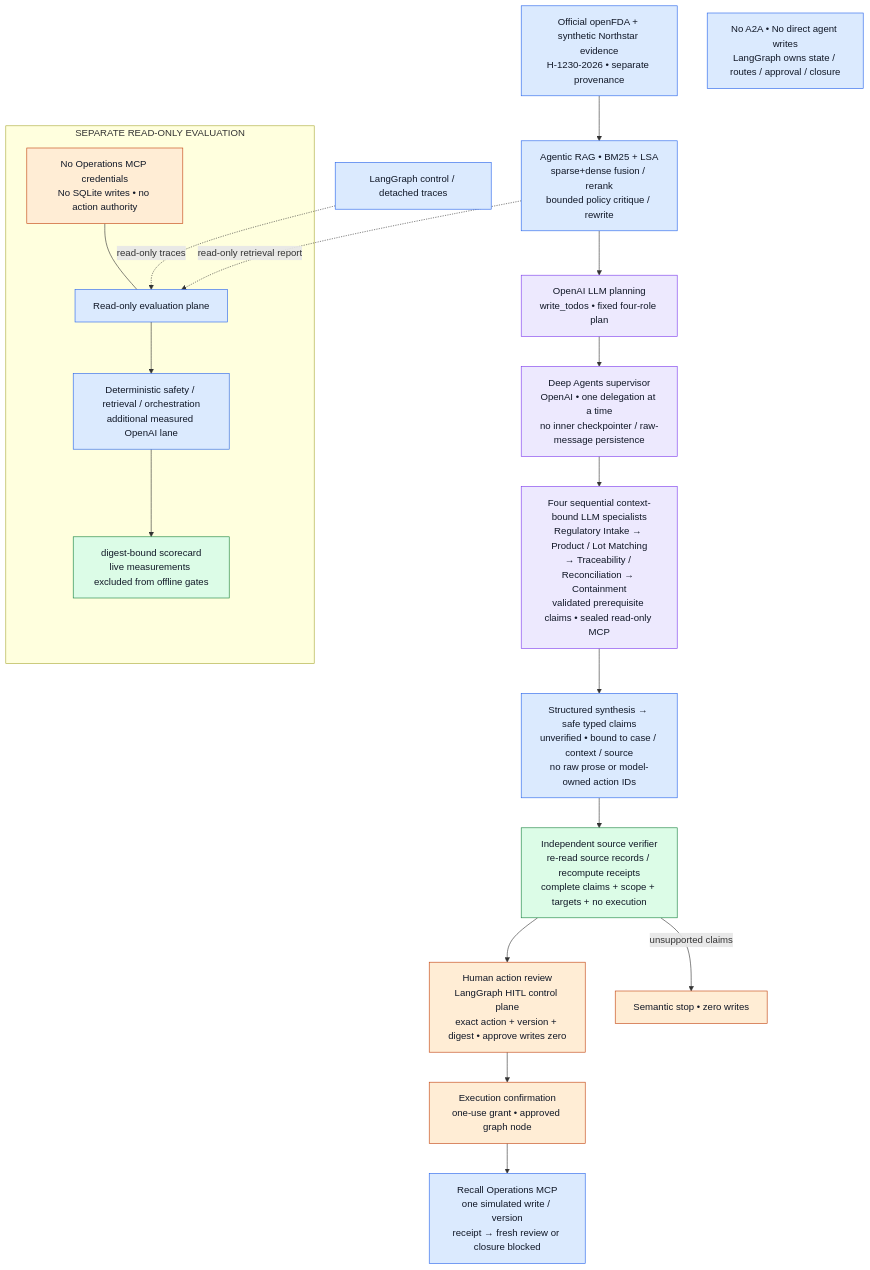
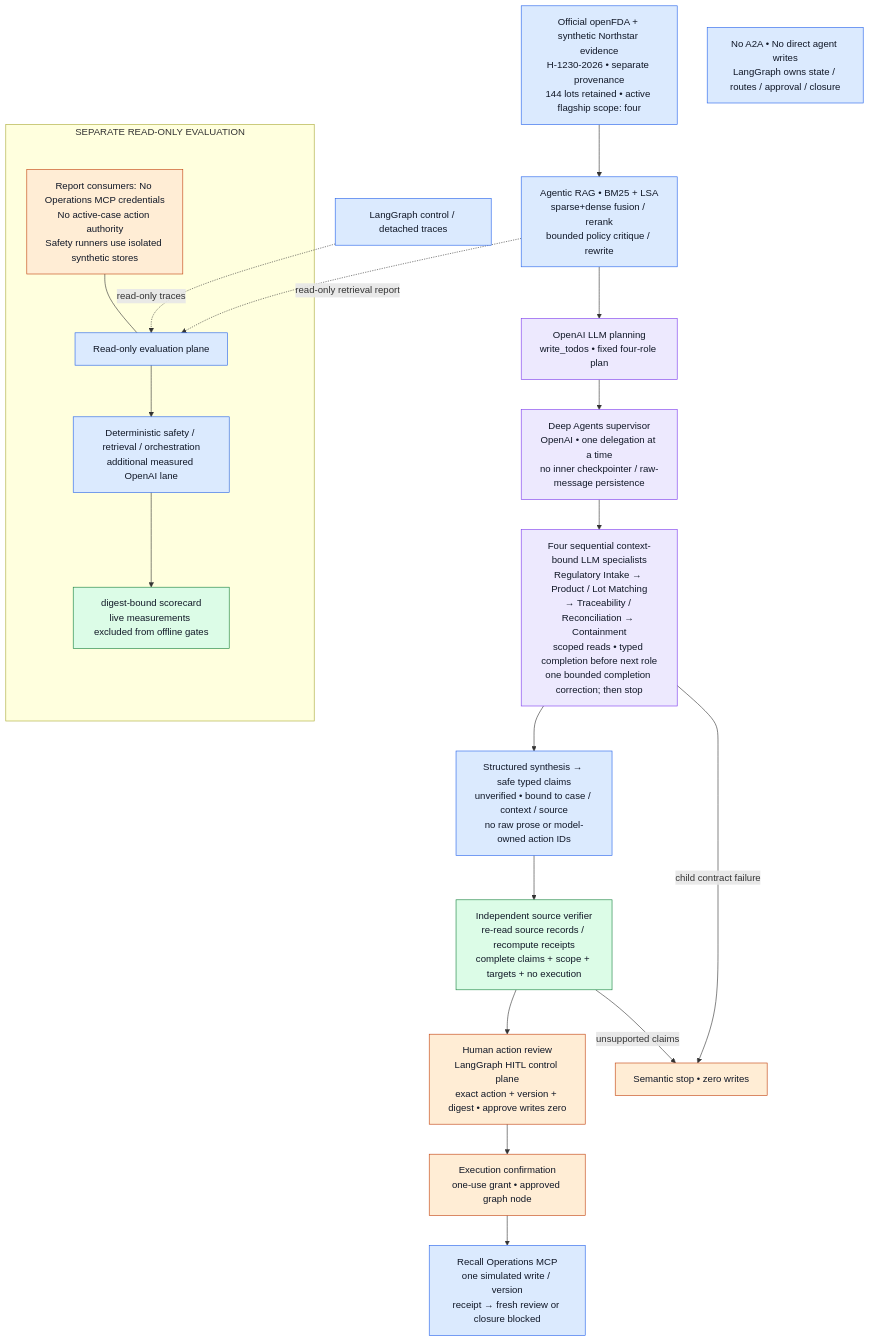
One commit to nagarjunakanamarlapudi/reacall-agents changed the diagram in docs/images/02_system_architecture.mmd. Above: the diagram before and after it, drawn with Mermaid. The commit also changed 43 other files, not shown here.

Commit message:
docs: align final demo and diagrams with bounded live evidence

```diff
--- a/docs/images/02_system_architecture.mmd
+++ b/docs/images/02_system_architecture.mmd
@@ -1,29 +1,31 @@
+%%{init: {"themeCSS": ".cluster-label div {white-space: nowrap !important; max-width: none !important; width: max-content !important;}", "flowchart": {"subGraphTitleMargin": {"top": 0, "bottom": 50}}}}%%
 flowchart TB
   classDef control fill:#dbeafe,stroke:#2563eb,color:#111827
   classDef llm fill:#ede9fe,stroke:#7c3aed,color:#111827
   classDef safe fill:#dcfce7,stroke:#15803d,color:#111827
   classDef human fill:#ffedd5,stroke:#c2410c,color:#111827
-  O["Official openFDA + synthetic Northstar evidence<br/>H-1230-2026 • separate provenance"]:::control
+  O["Official openFDA + synthetic Northstar evidence<br/>H-1230-2026 • separate provenance<br/>144 lots retained • active flagship scope: four"]:::control
   RAG["Agentic RAG • BM25 + LSA<br/>sparse+dense fusion / rerank<br/>bounded policy critique / rewrite"]:::control
   P["OpenAI LLM planning<br/>write_todos • fixed four-role plan"]:::llm
   DA["Deep Agents supervisor<br/>OpenAI • one delegation at a time<br/>no inner checkpointer / raw-message persistence"]:::llm
-  SP["Four sequential context-bound LLM specialists<br/>Regulatory Intake → Product / Lot Matching<br/>→ Traceability / Reconciliation → Containment<br/>validated prerequisite claims • sealed read-only MCP"]:::llm
+  SP["Four sequential context-bound LLM specialists<br/>Regulatory Intake → Product / Lot Matching<br/>→ Traceability / Reconciliation → Containment<br/>scoped reads • typed completion before next role<br/>one bounded completion correction; then stop"]:::llm
   CLAIMS["Structured synthesis → safe typed claims<br/>unverified • bound to case / context / source<br/>no raw prose or model-owned action IDs"]:::control
   VC["Independent source verifier<br/>re-read source records / recompute receipts<br/>complete claims + scope + targets + no execution"]:::safe
   HR["Human action review<br/>LangGraph HITL control plane<br/>exact action + version + digest • approve writes zero"]:::human
   EC["Execution confirmation<br/>one-use grant • approved graph node"]:::human
   OM["Recall Operations MCP<br/>one simulated write / version<br/>receipt → fresh review or closure blocked"]:::control
   O --> RAG --> P --> DA --> SP --> CLAIMS --> VC --> HR --> EC --> OM
   VC -->|unsupported claims| STOP["Semantic stop • zero writes"]:::human
   SAFE["No A2A • No direct agent writes<br/>LangGraph owns state / routes / approval / closure"]:::control
   subgraph EVALUATION["SEPARATE READ-ONLY EVALUATION"]
     EV["Read-only evaluation plane"]:::control
     SUITES["Deterministic safety / retrieval / orchestration<br/>additional measured OpenAI lane"]:::control
     SCORE["digest-bound scorecard<br/>live measurements excluded from offline gates"]:::safe
-    EVALSAFE["No Operations MCP credentials<br/>No SQLite writes • no action authority"]:::human
+    EVALSAFE["Report consumers: No Operations MCP credentials<br/>No active-case action authority<br/>Safety runners use isolated synthetic stores"]:::human
     EV --> SUITES --> SCORE
     EVALSAFE --- EV
   end
   G["LangGraph control / detached traces"]:::control
   G -. read-only traces .-> EV
   RAG -. read-only retrieval report .-> EV
+  SP -->|child contract failure| STOP
```
